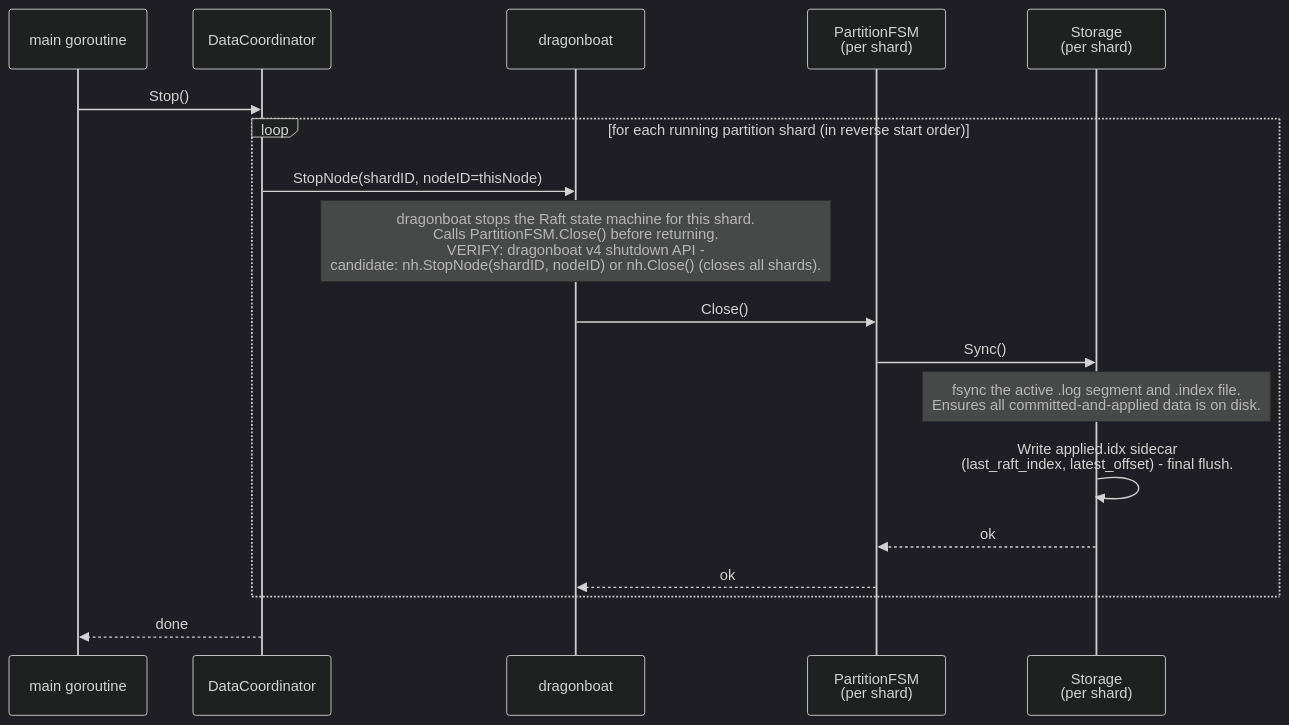
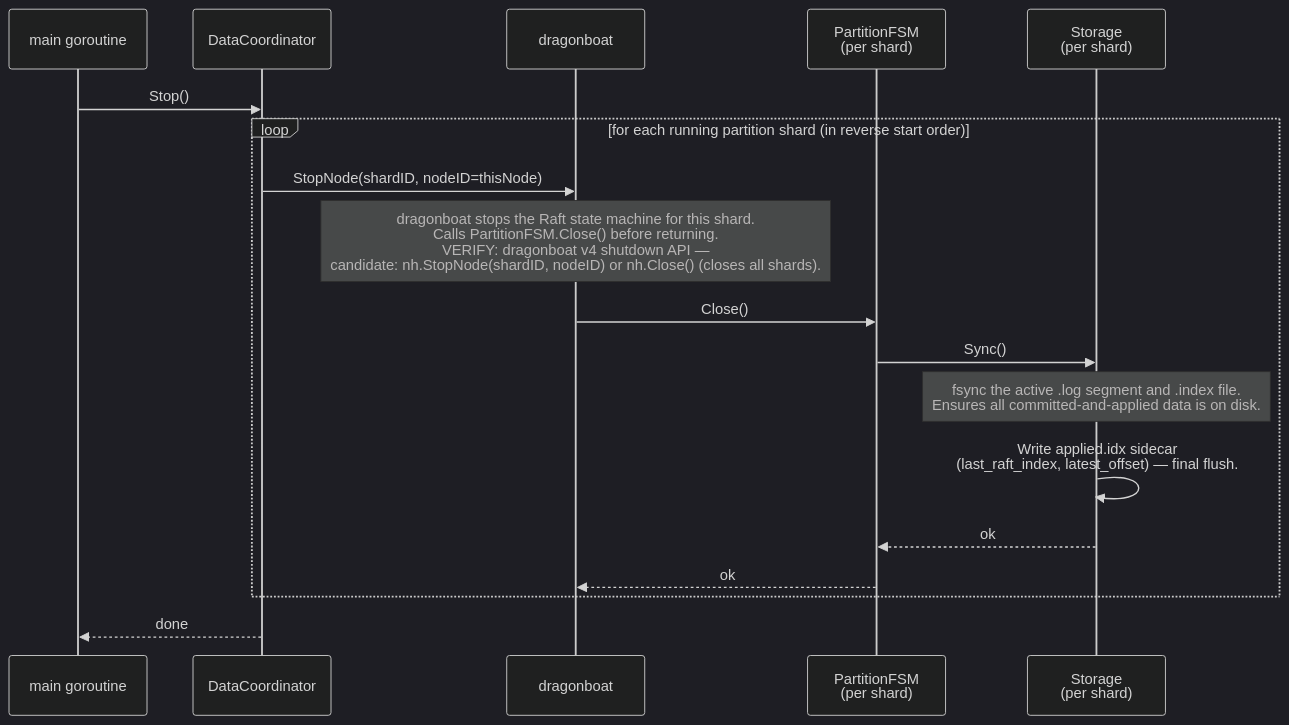
One commit to bunnymq/bunnymq changed the third of 4 diagrams in docs/design/sequence/shutdown-graceful.md. Above: the diagram before and after it, drawn with Mermaid (dark theme). The commit also changed other lines of this file and 86 other files, not shown here.

````diff
--- a/docs/design/sequence/shutdown-graceful.md
+++ b/docs/design/sequence/shutdown-graceful.md
@@ -68,24 +68,24 @@
 ```mermaid
 sequenceDiagram
     participant Main as main goroutine
     participant DC as DataCoordinator
     participant DB as dragonboat
     participant PFSM as PartitionFSM<br/>(per shard)
     participant STR as Storage<br/>(per shard)
 
     Main->>DC: Stop()
 
     loop for each running partition shard (in reverse start order)
         DC->>DB: StopNode(shardID, nodeID=thisNode)
-        Note over DB: dragonboat stops the Raft state machine for this shard.<br/>Calls PartitionFSM.Close() before returning.<br/>VERIFY: dragonboat v4 shutdown API -<br/>candidate: nh.StopNode(shardID, nodeID) or nh.Close() (closes all shards).
+        Note over DB: dragonboat stops the Raft state machine for this shard.<br/>Calls PartitionFSM.Close() before returning.<br/>VERIFY: dragonboat v4 shutdown API —<br/>candidate: nh.StopNode(shardID, nodeID) or nh.Close() (closes all shards).
 
         DB->>PFSM: Close()
         PFSM->>STR: Sync()
         Note over STR: fsync the active .log segment and .index file.<br/>Ensures all committed-and-applied data is on disk.
-        STR->>STR: Write applied.idx sidecar<br/>(last_raft_index, latest_offset) - final flush.
+        STR->>STR: Write applied.idx sidecar<br/>(last_raft_index, latest_offset) — final flush.
         STR-->>PFSM: ok
         PFSM-->>DB: ok
     end
 
     DC-->>Main: done
 ```
````
